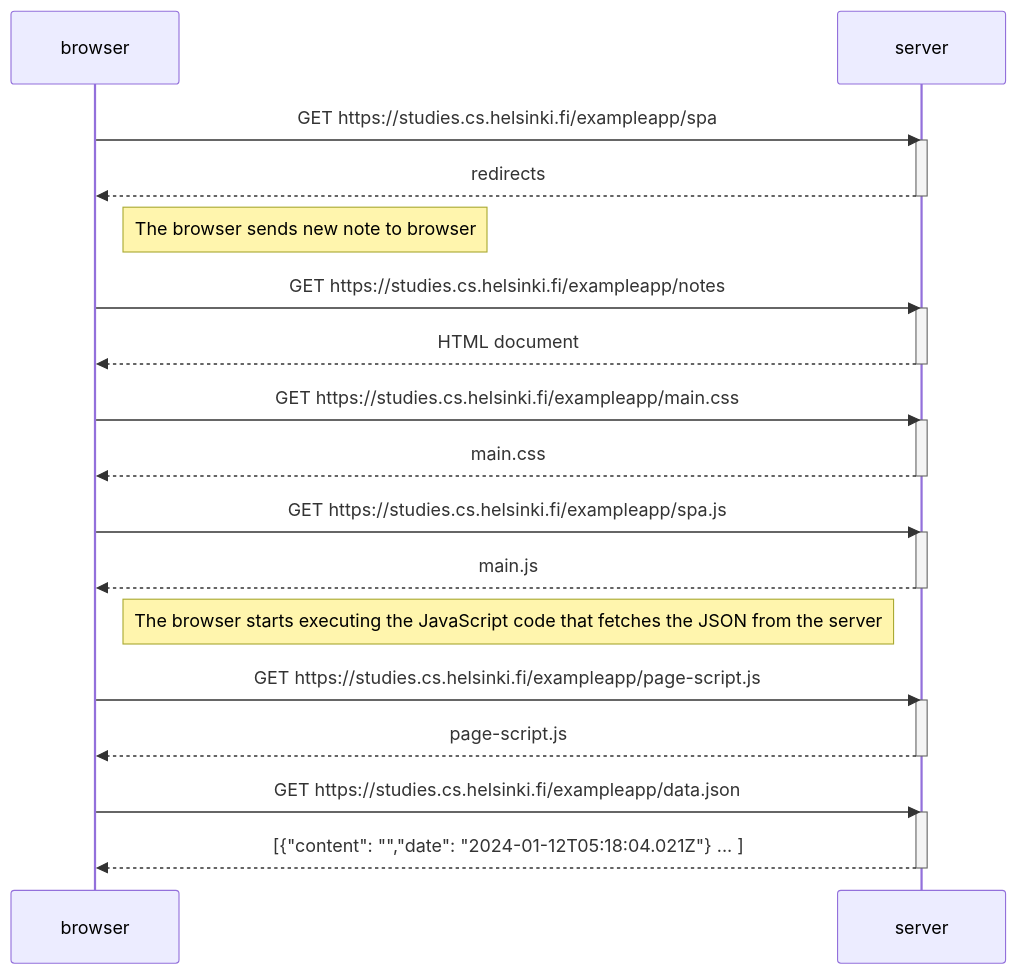
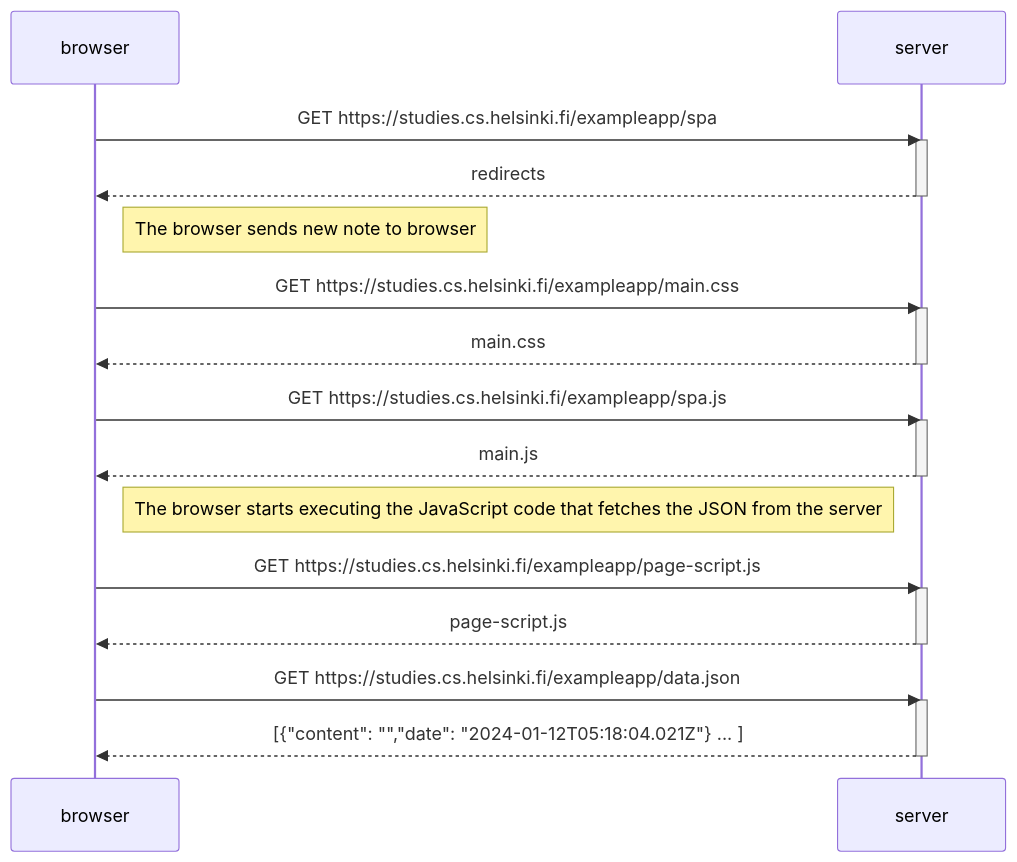
The diagram in part0/Single page app diagram.md (teraSurfer40141/supreme-spork), drawn with Mermaid before and after one commit.

Commit message:
Update Single page app diagram.md
removed get from notes cause it does not get from notes

````diff
--- a/part0/Single page app diagram.md
+++ b/part0/Single page app diagram.md
@@ -1,39 +1,34 @@
 ```mermaid
 sequenceDiagram
     participant browser
     participant server
 
     browser->>server: GET https://studies.cs.helsinki.fi/exampleapp/spa
     activate server
     server-->>browser: redirects
     deactivate server
 
     Note right of browser: The browser sends new note to browser
-
-    browser->>server: GET https://studies.cs.helsinki.fi/exampleapp/notes
-    activate server
-    server-->>browser: HTML document
-    deactivate server
 
     browser->>server: GET https://studies.cs.helsinki.fi/exampleapp/main.css
     activate server
     server-->>browser: main.css
     deactivate server
 
     browser->>server: GET https://studies.cs.helsinki.fi/exampleapp/spa.js
     activate server
     server-->>browser: main.js
     deactivate server
 
     Note right of browser: The browser starts executing the JavaScript code that fetches the JSON from the server
 
     browser->>server: GET https://studies.cs.helsinki.fi/exampleapp/page-script.js
     activate server
     server-->>browser: page-script.js
     deactivate server
 
     browser->>server: GET https://studies.cs.helsinki.fi/exampleapp/data.json
     activate server
     server-->>browser: [{"content": "","date": "2024-01-12T05:18:04.021Z"} ... ]
     deactivate server
 ```
````
